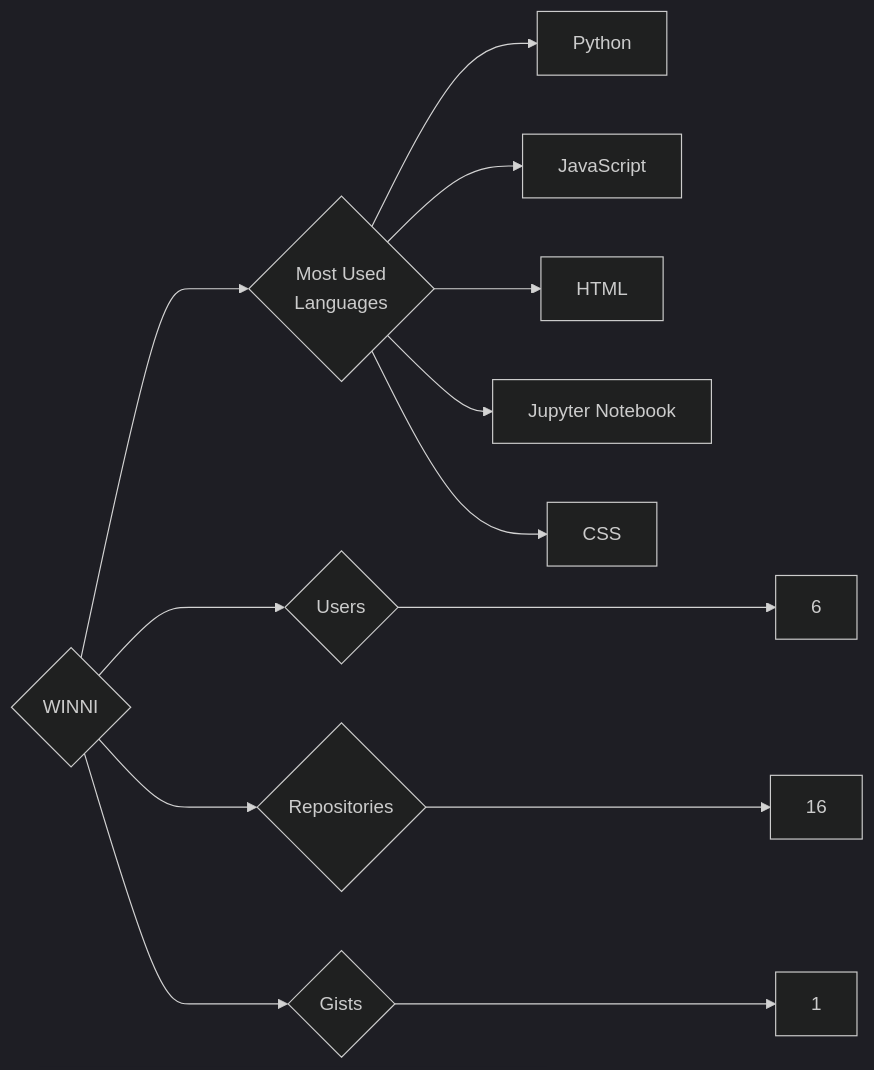
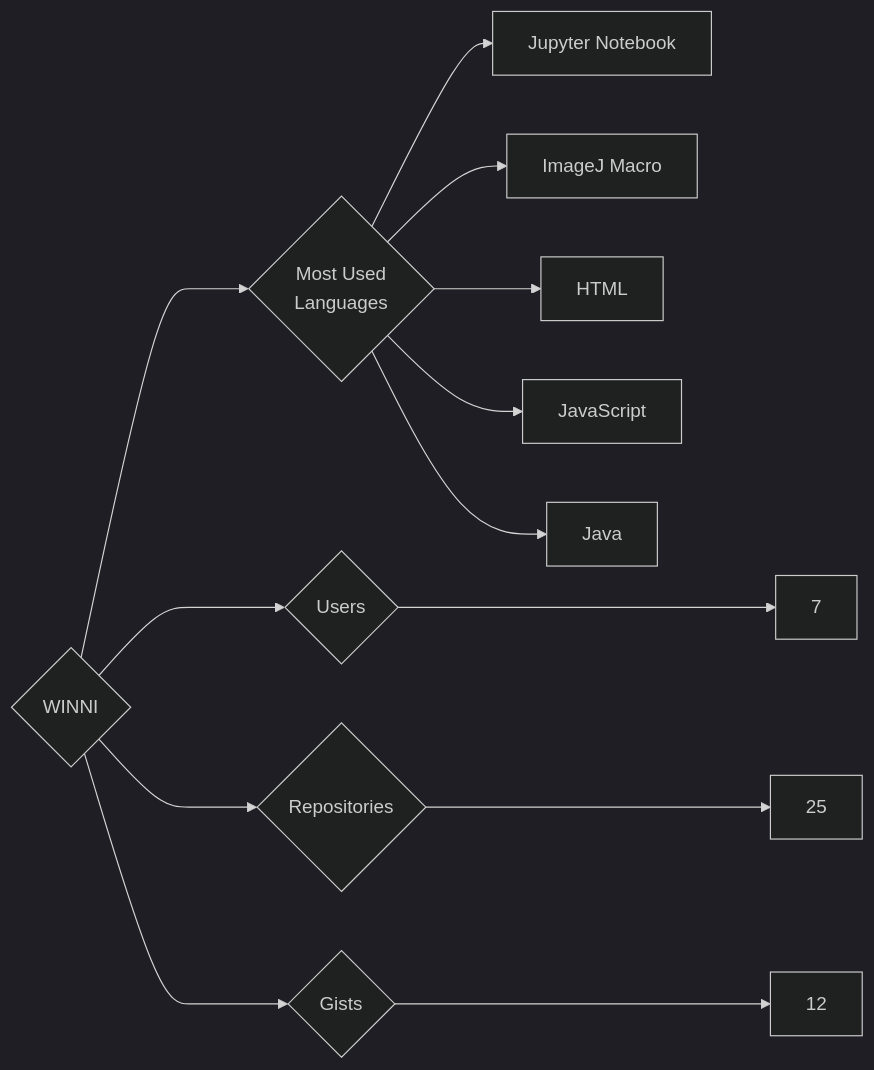
Before and after one commit to trickest/insiders: the diagram in targets/WINNI/README.md, drawn with Mermaid (dark theme). The commit also changed 787 other files, not shown here.

````diff
--- a/targets/WINNI/README.md
+++ b/targets/WINNI/README.md
@@ -3,13 +3,13 @@
 ```mermaid
 graph LR
 COMPANY_NAME{WINNI}
-COMPANY_NAME ---> U{Users} ---> UN[6]
-COMPANY_NAME ---> R{Repositories} ---> RN[16]
-COMPANY_NAME ---> G{Gists} ---> GN[1]
+COMPANY_NAME ---> U{Users} ---> UN[7]
+COMPANY_NAME ---> R{Repositories} ---> RN[25]
+COMPANY_NAME ---> G{Gists} ---> GN[12]
 COMPANY_NAME ---> ML{Most Used<br>Languages}
-ML --> Python[Python]
+ML --> Jupyter_Notebook[Jupyter Notebook]
+ML --> ImageJ_Macro[ImageJ Macro]
+ML --> HTML[HTML]
 ML --> JavaScript[JavaScript]
-ML --> HTML[HTML]
-ML --> Jupyter_Notebook[Jupyter Notebook]
-ML --> CSS[CSS]
+ML --> Java[Java]
 ```
````
